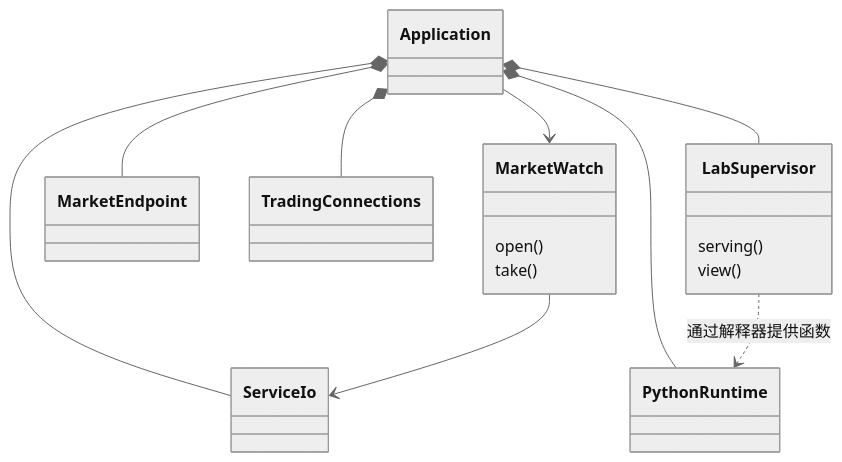
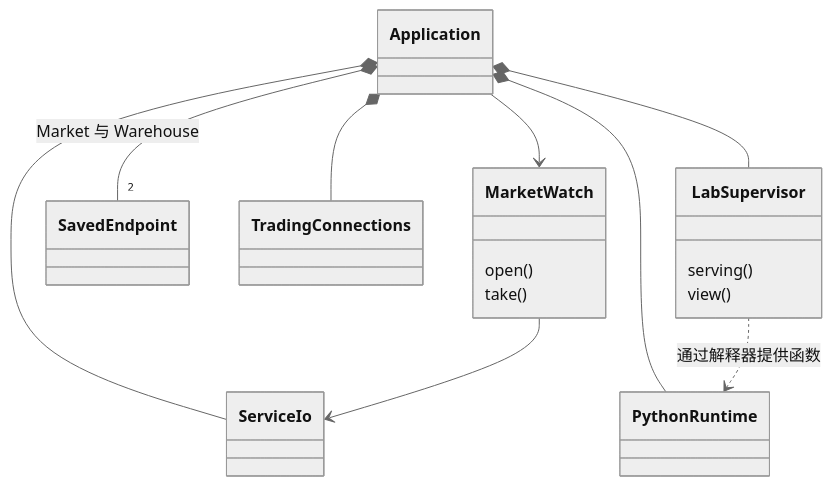
Before and after one commit to isqiwen/asterion-terminal: the second of 4 diagrams in docs/terminal/architecture.md, drawn with Mermaid (neutral theme). The commit also changed other lines of this file and 8 other files, not shown here.

````diff
--- a/docs/terminal/architecture.md
+++ b/docs/terminal/architecture.md
@@ -27,24 +28,24 @@
 ```mermaid
 classDiagram
     class Application
     class ServiceIo
     class LabSupervisor {
         serving()
         view()
     }
     class PythonRuntime
-    class MarketEndpoint
+    class SavedEndpoint
     class TradingConnections
     class MarketWatch {
         open()
         take()
     }
     Application *-- ServiceIo
     Application *-- LabSupervisor
     Application *-- PythonRuntime
-    Application *-- MarketEndpoint
+    Application *-- "2" SavedEndpoint : Market 与 Warehouse
     Application *-- TradingConnections
     Application --> MarketWatch
     MarketWatch --> ServiceIo
     LabSupervisor ..> PythonRuntime : 通过解释器提供函数
 ```
````
